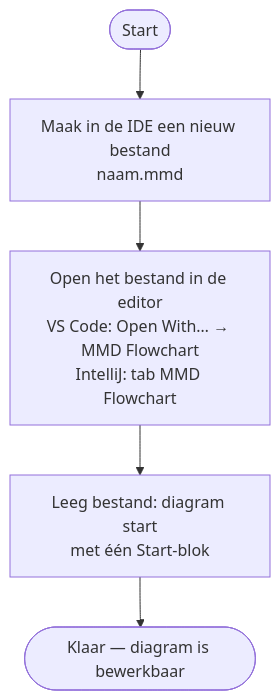
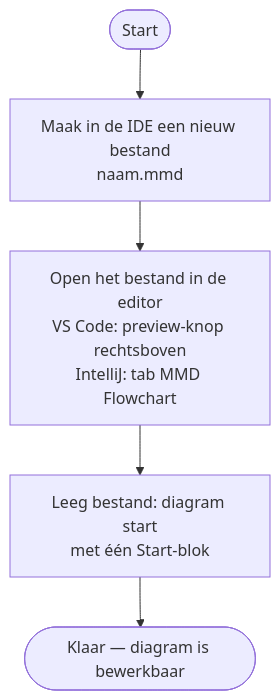
The first of 18 diagrams in docs/USERFLOWS.md (GRJX/mmd-flowchart), drawn with Mermaid before and after one commit. The commit also changed other lines of this file and 11 other files, not shown here.

Commit message:
feat: enhance VS Code integration and user experience in MMD Flowchart editor

````diff
--- a/docs/USERFLOWS.md
+++ b/docs/USERFLOWS.md
@@ -9,7 +9,7 @@
 ```mermaid
 flowchart TD
     A([Start]) --> B["Maak in de IDE een nieuw bestand<br>naam.mmd"]
-    B --> C["Open het bestand in de editor<br>VS Code: Open With… → MMD Flowchart<br>IntelliJ: tab MMD Flowchart"]
+    B --> C["Open het bestand in de editor<br>VS Code: preview-knop rechtsboven<br>IntelliJ: tab MMD Flowchart"]
     C --> D["Leeg bestand: diagram start<br>met één Start-blok"]
     D --> E([Klaar — diagram is bewerkbaar])
 ```
````
